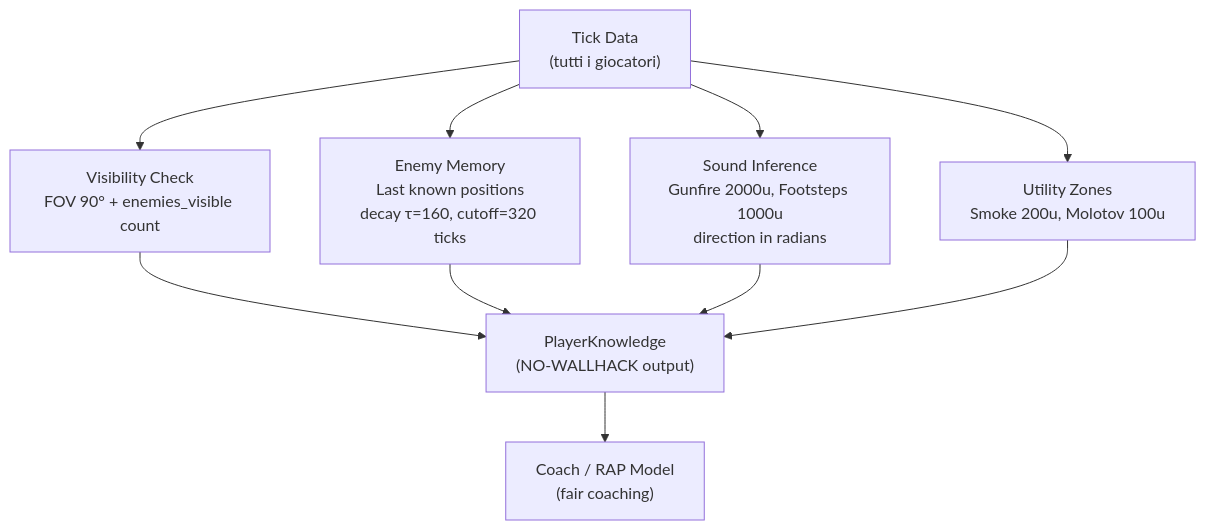
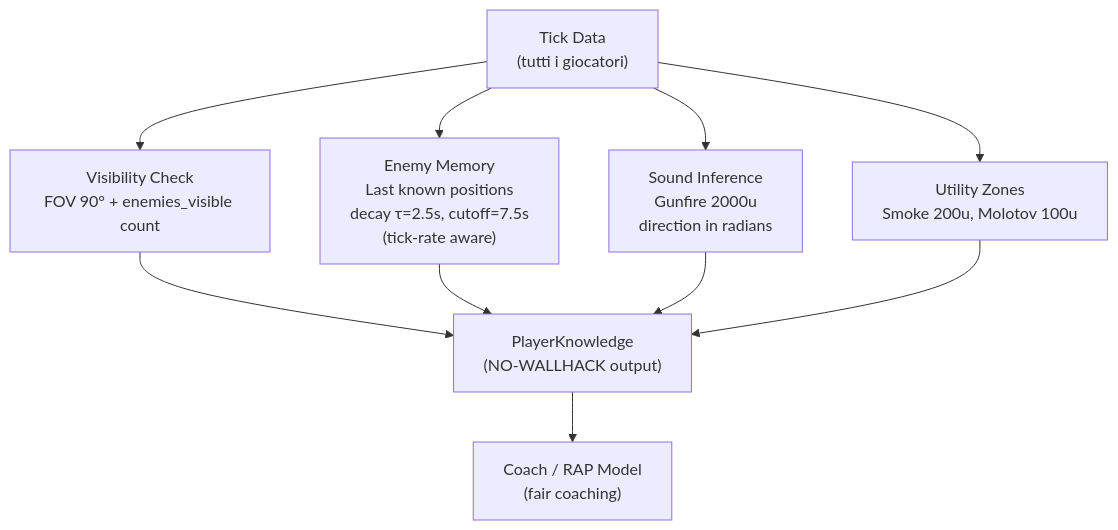
Before and after one commit to renanaugustomacena-ux/Counter-Strike-coach-AI: diagram 31 of 49 in docs/books/Book-Coach-2.md, drawn with Mermaid. The commit also changed other lines of this file and 4 other files, not shown here.

````diff
--- a/docs/books/Book-Coach-2.md
+++ b/docs/books/Book-Coach-2.md
@@ -1517,12 +1519,12 @@
 ```mermaid
 flowchart TB
     TICK["Tick Data<br/>(tutti i giocatori)"] --> VIS["Visibility Check<br/>FOV 90° + enemies_visible count"]
-    TICK --> MEM["Enemy Memory<br/>Last known positions<br/>decay τ=160, cutoff=320 ticks"]
-    TICK --> SND["Sound Inference<br/>Gunfire 2000u, Footsteps 1000u<br/>direction in radians"]
+    TICK --> MEM["Enemy Memory<br/>Last known positions<br/>decay τ=2.5s, cutoff=7.5s<br/>(tick-rate aware)"]
+    TICK --> SND["Sound Inference<br/>Gunfire 2000u<br/>direction in radians"]
     TICK --> UTL["Utility Zones<br/>Smoke 200u, Molotov 100u"]
     VIS --> PK["PlayerKnowledge<br/>(NO-WALLHACK output)"]
     MEM --> PK
     SND --> PK
     UTL --> PK
     PK --> COACH["Coach / RAP Model<br/>(fair coaching)"]
 ```
````
